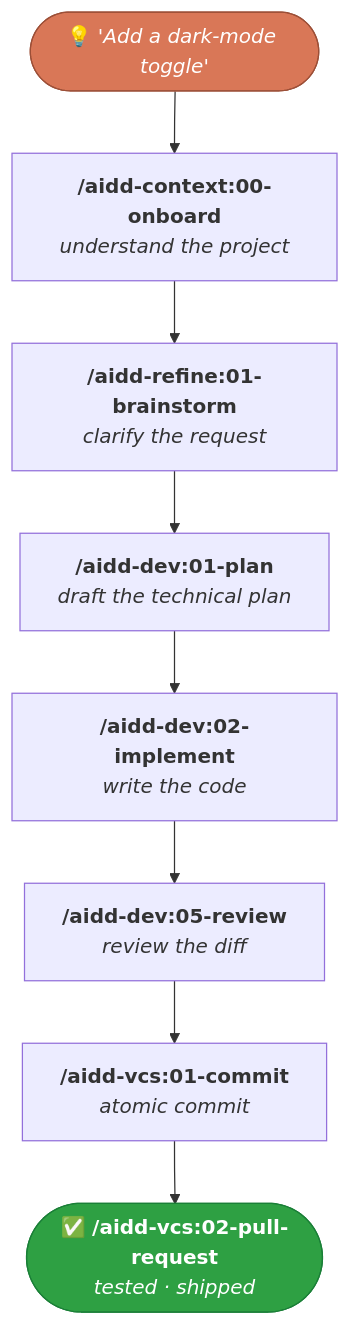
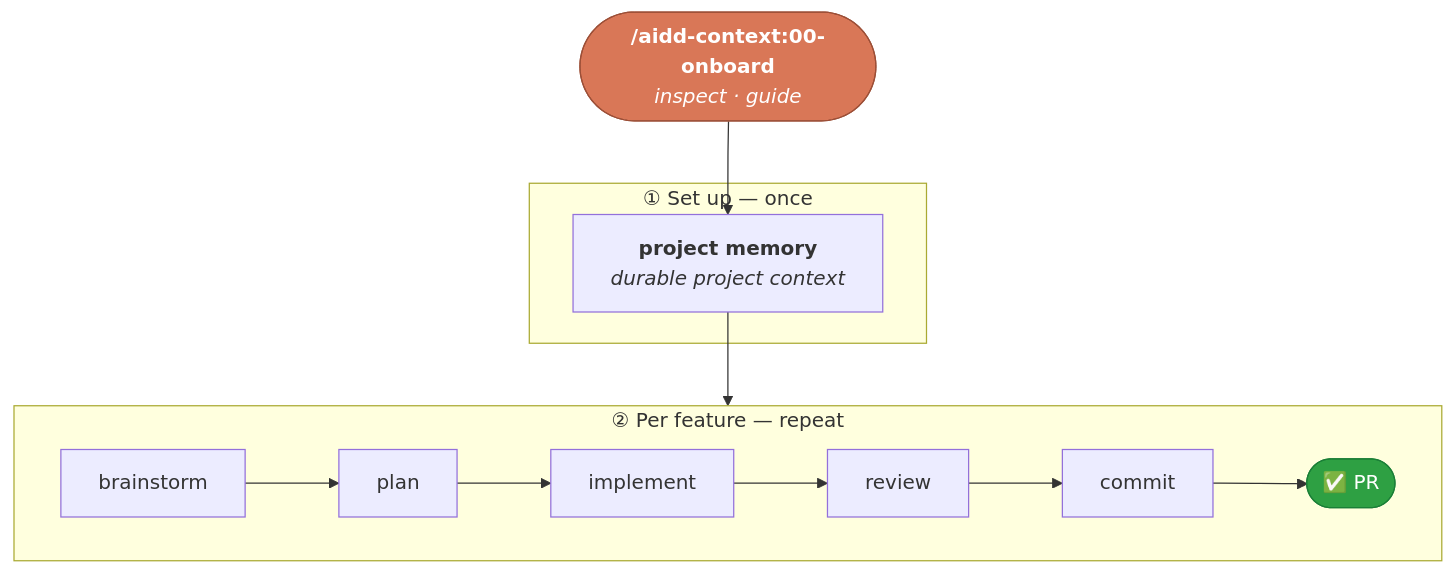
The diagram in README.md (ai-driven-dev/framework), drawn with Mermaid before and after one commit. The commit also changed other lines of this file and 20 other files, not shown here.

````diff
--- a/README.md
+++ b/README.md
@@ -130,18 +173,20 @@
 ```mermaid
 flowchart TD
-    Idea(["💡 <i>'Add a dark-mode toggle'</i>"])
-    Onboard["<b>/aidd-context:00-onboard</b><br/><i>understand the project</i>"]
-    Brainstorm["<b>/aidd-refine:01-brainstorm</b><br/><i>clarify the request</i>"]
-    Plan["<b>/aidd-dev:01-plan</b><br/><i>draft the technical plan</i>"]
-    Implement["<b>/aidd-dev:02-implement</b><br/><i>write the code</i>"]
-    Review["<b>/aidd-dev:05-review</b><br/><i>review the diff</i>"]
-    Commit["<b>/aidd-vcs:01-commit</b><br/><i>atomic commit</i>"]
-    PR(["✅ <b>/aidd-vcs:02-pull-request</b><br/><i>tested · shipped</i>"])
+    Onboard(["<b>/aidd-context:00-onboard</b><br/><i>inspect · guide</i>"])
 
-    Idea --> Onboard --> Brainstorm --> Plan --> Implement --> Review --> Commit --> PR
+    subgraph setup["① Set up — once"]
+      Memory["<b>project memory</b><br/><i>durable project context</i>"]
+    end
 
-    classDef start fill:#D97757,stroke:#9c4f37,color:#fff;
+    subgraph loop["② Per feature — repeat"]
+      direction LR
+      B["brainstorm"] --> P["plan"] --> I["implement"] --> R["review"] --> C["commit"] --> PR(["✅ PR"])
+    end
+
+    Onboard --> Memory --> B
+
+    classDef hub fill:#D97757,stroke:#9c4f37,color:#fff;
     classDef done fill:#2ea043,stroke:#1a7f37,color:#fff;
-    class Idea start;
+    class Onboard hub;
     class PR done;
 ```
````
